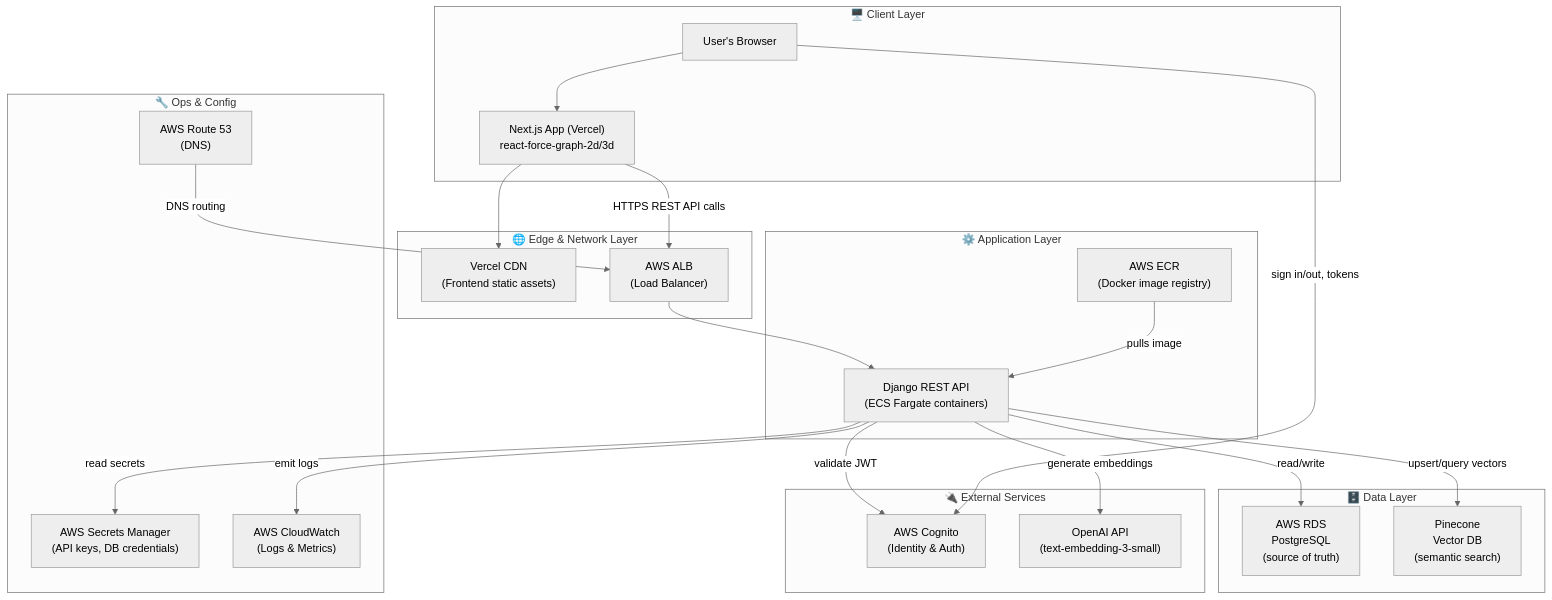
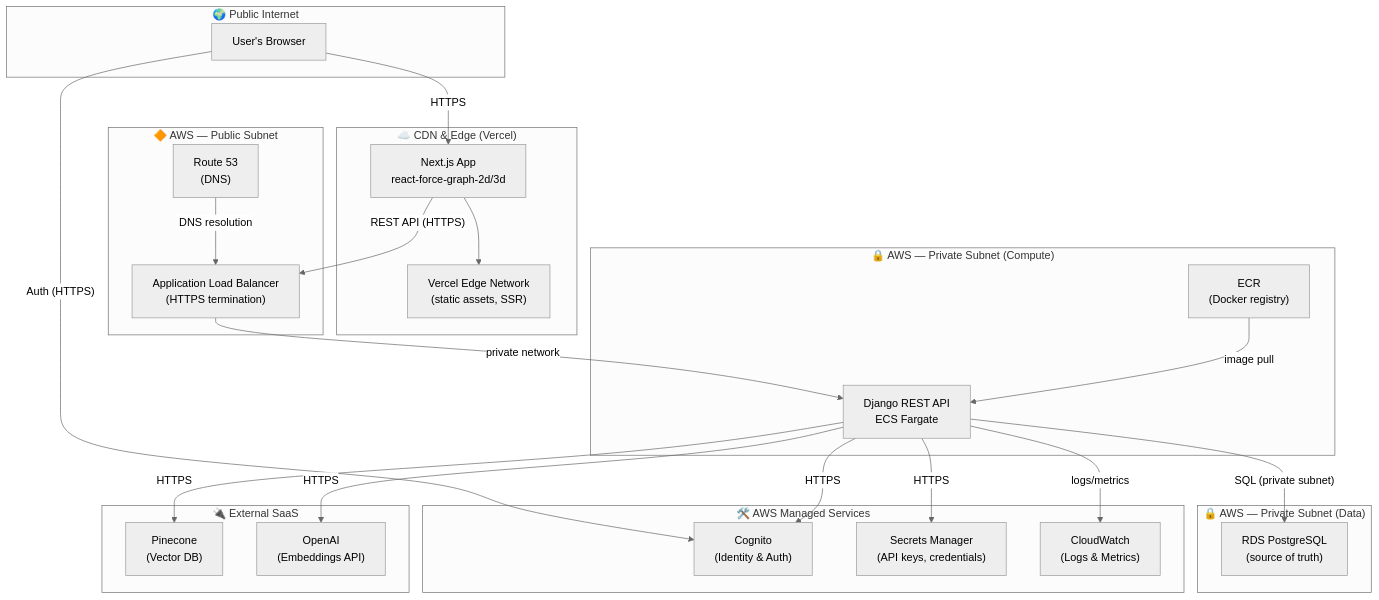
The first of 6 diagrams in docs/ARCHITECTURE.md (yeabb/SonderAI-backend), drawn with Mermaid (neutral theme) before and after one commit. The commit also changed other lines of this file, not shown here.

Commit message:
📊 Redo system architecture diagram with proper infra security zones
- Public Internet — user's browser
- CDN & Edge (Vercel) — Next.js app, edge network
- AWS Public Subnet — Route 53, ALB (HTTPS termination)
- AWS Private Subnet Compute — ECS Fargate (Django), ECR
- AWS Private Subnet Data — RDS PostgreSQL (no public access)
- AWS Managed Services — Cognito, Secrets Manager, CloudWatch
- External SaaS — Pinecone, OpenAI
- Connections labelled with protocol and network boundary type

````diff
--- a/docs/ARCHITECTURE.md
+++ b/docs/ARCHITECTURE.md
@@ -9,49 +9,60 @@
 ```mermaid
 graph TB
-    subgraph CLIENT["🖥️ Client Layer"]
+    %% ── Public Internet ──────────────────────────────────────
+    subgraph INTERNET["🌍 Public Internet"]
         Browser["User's Browser"]
-        NextJS["Next.js App (Vercel)\nreact-force-graph-2d/3d"]
     end
 
-    subgraph EDGE["🌐 Edge & Network Layer"]
-        VercelCDN["Vercel CDN\n(Frontend static assets)"]
-        ALB["AWS ALB\n(Load Balancer)"]
+    %% ── CDN / Edge ───────────────────────────────────────────
+    subgraph CDN["☁️ CDN & Edge  (Vercel)"]
+        NextJS["Next.js App\nreact-force-graph-2d/3d"]
+        VercelCDN["Vercel Edge Network\n(static assets, SSR)"]
     end
 
-    subgraph APP["⚙️ Application Layer"]
-        Django["Django REST API\n(ECS Fargate containers)"]
-        ECR["AWS ECR\n(Docker image registry)"]
+    %% ── AWS Public Subnet ────────────────────────────────────
+    subgraph AWS_PUBLIC["🔶 AWS — Public Subnet"]
+        Route53["Route 53\n(DNS)"]
+        ALB["Application Load Balancer\n(HTTPS termination)"]
     end
 
-    subgraph DATA["🗄️ Data Layer"]
-        RDS["AWS RDS\nPostgreSQL\n(source of truth)"]
-        Pinecone["Pinecone\nVector DB\n(semantic search)"]
+    %% ── AWS Private Subnet — Compute ─────────────────────────
+    subgraph AWS_COMPUTE["🔒 AWS — Private Subnet  (Compute)"]
+        Django["Django REST API\nECS Fargate"]
+        ECR["ECR\n(Docker registry)"]
     end
 
-    subgraph EXTERNAL["🔌 External Services"]
-        Cognito["AWS Cognito\n(Identity & Auth)"]
-        OpenAI["OpenAI API\n(text-embedding-3-small)"]
+    %% ── AWS Private Subnet — Data ────────────────────────────
+    subgraph AWS_DATA["🔒 AWS — Private Subnet  (Data)"]
+        RDS["RDS PostgreSQL\n(source of truth)"]
     end
 
-    subgraph OPS["🔧 Ops & Config"]
-        Secrets["AWS Secrets Manager\n(API keys, DB credentials)"]
-        CloudWatch["AWS CloudWatch\n(Logs & Metrics)"]
-        Route53["AWS Route 53\n(DNS)"]
+    %% ── AWS Managed Services ─────────────────────────────────
+    subgraph AWS_MANAGED["🛠️ AWS Managed Services"]
+        Cognito["Cognito\n(Identity & Auth)"]
+        Secrets["Secrets Manager\n(API keys, credentials)"]
+        CloudWatch["CloudWatch\n(Logs & Metrics)"]
     end
 
-    Browser --> NextJS
+    %% ── External SaaS ────────────────────────────────────────
+    subgraph SAAS["🔌 External SaaS"]
+        Pinecone["Pinecone\n(Vector DB)"]
+        OpenAI["OpenAI\n(Embeddings API)"]
+    end
+
+    %% ── Connections ──────────────────────────────────────────
+    Browser -->|"HTTPS"| NextJS
+    Browser -->|"Auth (HTTPS)"| Cognito
     NextJS --> VercelCDN
-    NextJS -->|"HTTPS REST API calls"| ALB
-    Route53 -->|"DNS routing"| ALB
-    ALB --> Django
-    ECR -->|"pulls image"| Django
+    NextJS -->|"REST API (HTTPS)"| ALB
 
-    Django -->|"read/write"| RDS
-    Django -->|"upsert/query vectors"| Pinecone
-    Django -->|"validate JWT"| Cognito
-    Django -->|"generate embeddings"| OpenAI
-    Django -->|"read secrets"| Secrets
-    Django -->|"emit logs"| CloudWatch
+    Route53 -->|"DNS resolution"| ALB
+    ALB -->|"private network"| Django
+    ECR -->|"image pull"| Django
 
-    Browser -->|"sign in/out, tokens"| Cognito
+    Django -->|"SQL (private subnet)"| RDS
+    Django -->|"HTTPS"| Pinecone
+    Django -->|"HTTPS"| OpenAI
+    Django -->|"HTTPS"| Cognito
+    Django -->|"HTTPS"| Secrets
+    Django -->|"logs/metrics"| CloudWatch
 ```
````
